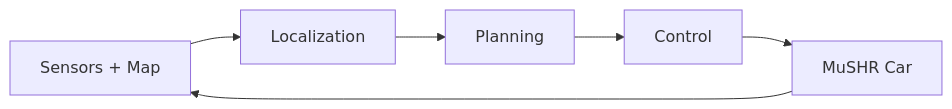
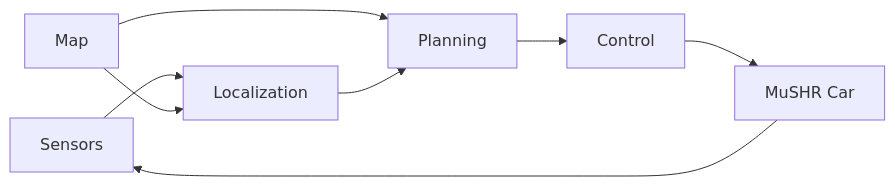
The first of 6 diagrams in README.md (fanz23-cell/mushr478), drawn with Mermaid before and after one commit.

````diff
--- a/README.md
+++ b/README.md
@@ -37,9 +37,11 @@
 ```mermaid
 flowchart LR
-    A[Sensors + Map] --> B[Localization]
+    A[Sensors] --> B[Localization]
+    M[Map] --> B
+    M --> C[Planning]
     B --> C[Planning]
     C --> D[Control]
     D --> E[MuSHR Car]
     E --> A
 
 ```
````
